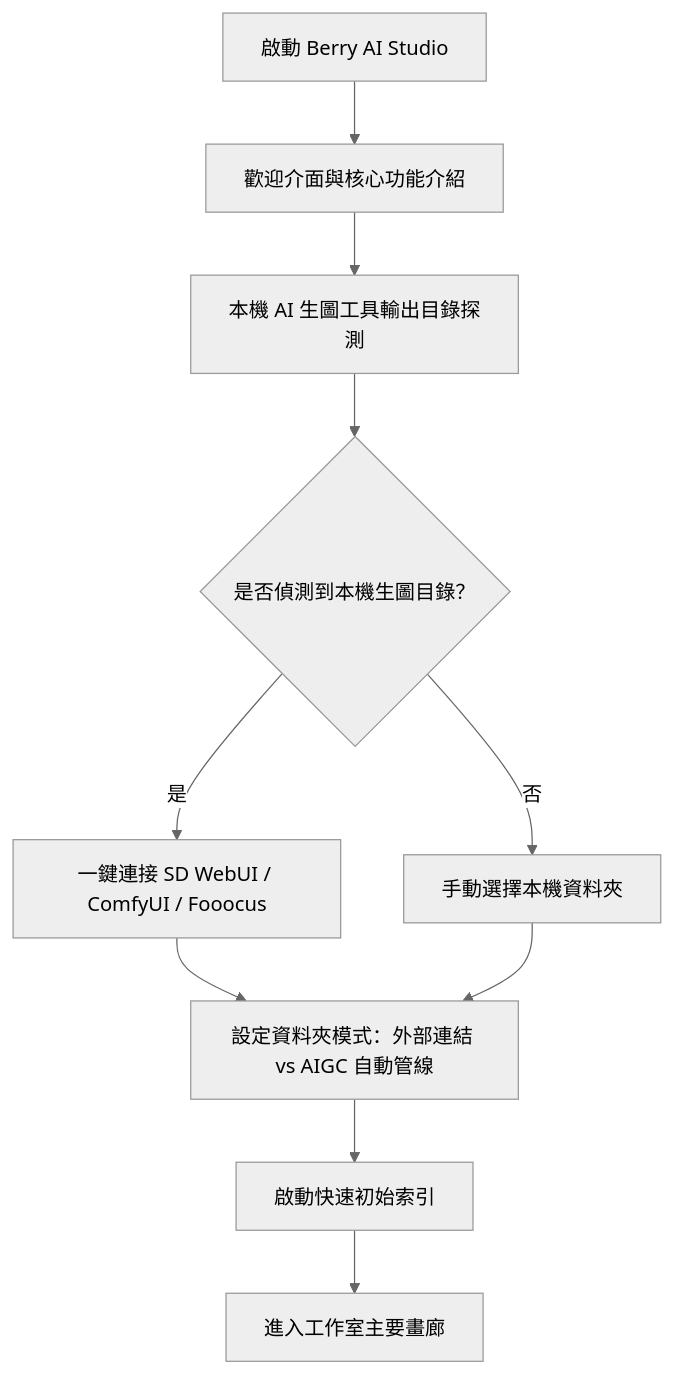
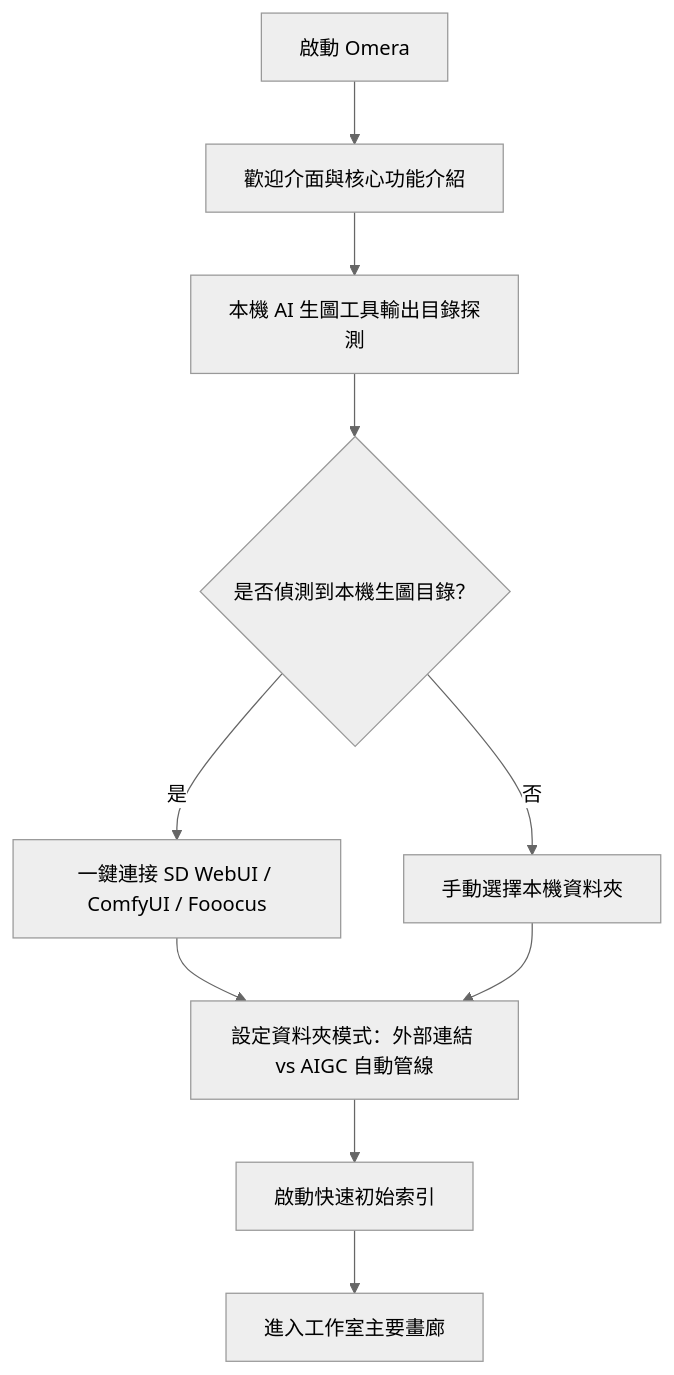
One commit to BerryUIKI/Berry-AI-Studio changed the diagram in docs/wiki/zh-TW/01-getting-started/installation.md. Above: the diagram before and after it, drawn with Mermaid (neutral theme). The commit also changed other lines of this file and 224 other files, not shown here.

````diff
--- a/docs/wiki/zh-TW/01-getting-started/installation.md
+++ b/docs/wiki/zh-TW/01-getting-started/installation.md
@@ -66,12 +66,12 @@
 ```mermaid
 flowchart TD
-    A[啟動 Berry AI Studio] --> B[歡迎介面與核心功能介紹]
+    A[啟動 Omera] --> B[歡迎介面與核心功能介紹]
     B --> C[本機 AI 生圖工具輸出目錄探測]
     C --> D{是否偵測到本機生圖目錄？}
     D -- 是 --> E[一鍵連接 SD WebUI / ComfyUI / Fooocus]
     D -- 否 --> F[手動選擇本機資料夾]
     E --> G[設定資料夾模式：外部連結 vs AIGC 自動管線]
     F --> G
     G --> H[啟動快速初始索引]
     H --> I[進入工作室主要畫廊]
 ```
````
